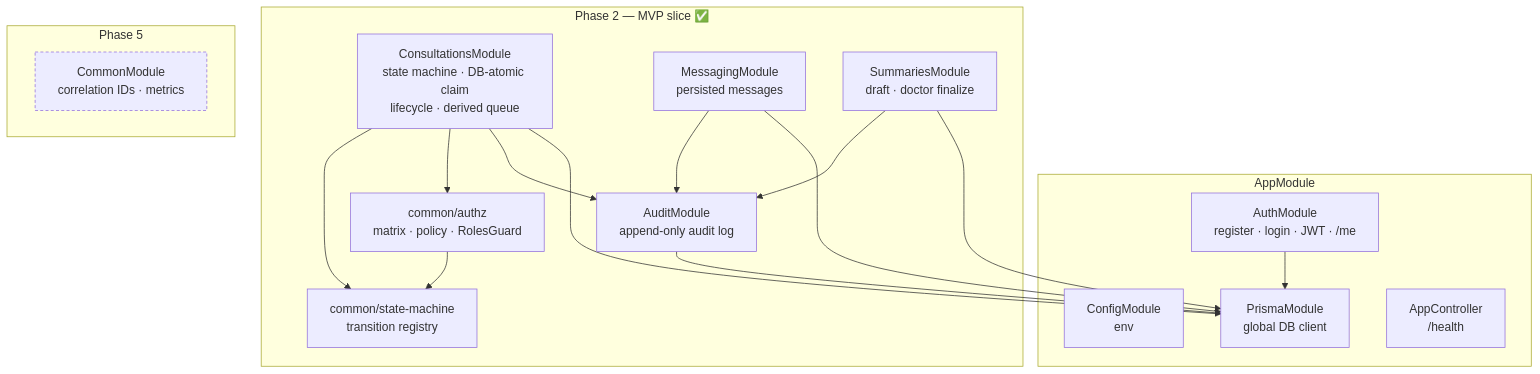
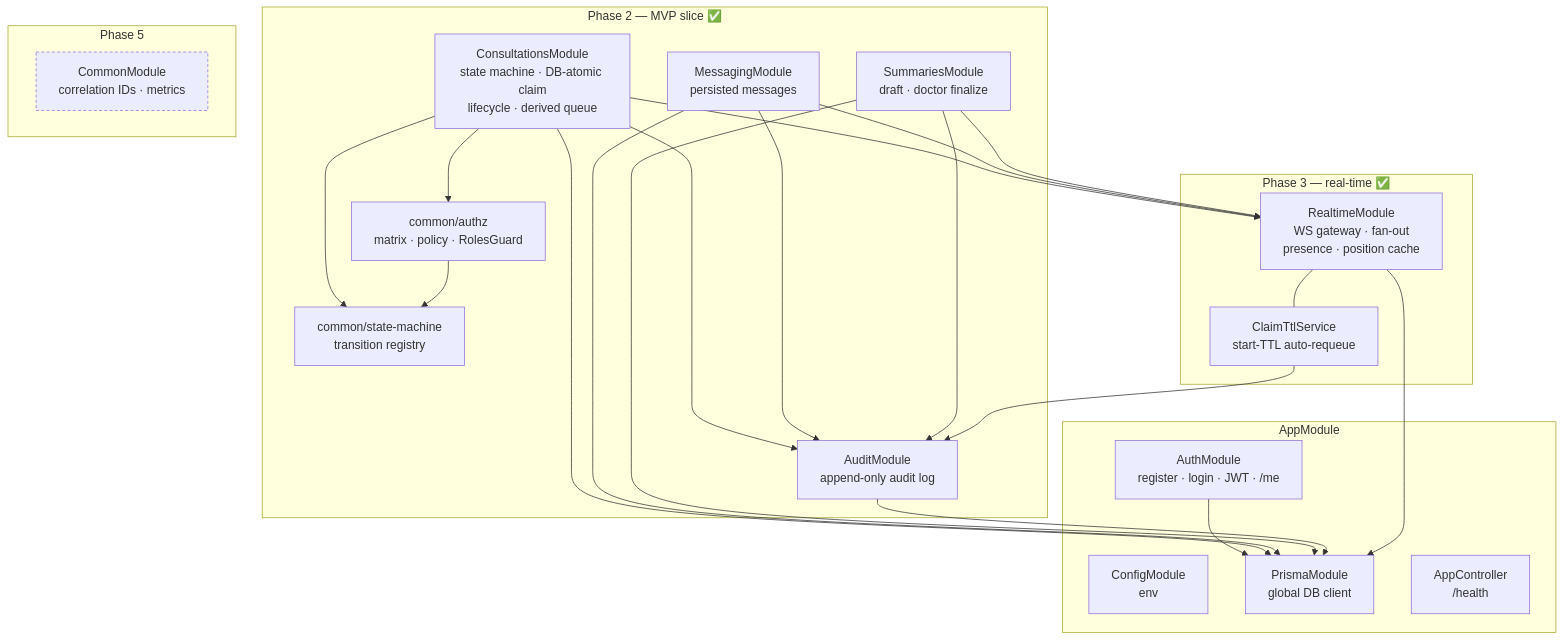
The second of 11 diagrams in docs/architecture.md (akritiupreti/virtual-consultation-platform), drawn with Mermaid before and after one commit. The commit also changed other lines of this file and 38 other files, not shown here.

First line of the commit message:
feat: phase 3 real-time & concurrency hardening

````diff
--- a/docs/architecture.md
+++ b/docs/architecture.md
@@ -62,37 +64,48 @@
 ```mermaid
 flowchart TB
     subgraph app [AppModule]
         config[ConfigModule<br/>env]
         prisma[PrismaModule<br/>global DB client]
         auth[AuthModule<br/>register · login · JWT · /me]
         health[AppController<br/>/health]
     end
 
     subgraph phase2 [Phase 2 — MVP slice ✅]
         consult[ConsultationsModule<br/>state machine · DB-atomic claim<br/>lifecycle · derived queue]
         messaging[MessagingModule<br/>persisted messages]
         summaries[SummariesModule<br/>draft · doctor finalize]
         audit[AuditModule<br/>append-only audit log]
         authz[common/authz<br/>matrix · policy · RolesGuard]
         sm[common/state-machine<br/>transition registry]
     end
 
+    subgraph phase3 [Phase 3 — real-time ✅]
+        realtime[RealtimeModule<br/>WS gateway · fan-out<br/>presence · position cache]
+        claimttl[ClaimTtlService<br/>start-TTL auto-requeue]
+    end
+
     subgraph phase5 [Phase 5]
         common[CommonModule<br/>correlation IDs · metrics]
     end
 
     auth --> prisma
     consult --> prisma
     messaging --> prisma
     summaries --> prisma
     audit --> prisma
     consult --> audit
     messaging --> audit
     summaries --> audit
     consult --> authz
     consult --> sm
     authz --> sm
+    consult --> realtime
+    messaging --> realtime
+    summaries --> realtime
+    realtime --- claimttl
+    claimttl --> audit
+    realtime --> prisma
 
     classDef later stroke-dasharray: 4 3;
     class common later
 ```
````
